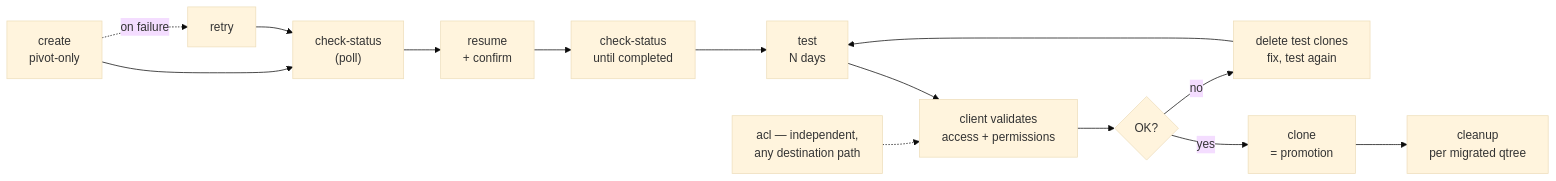
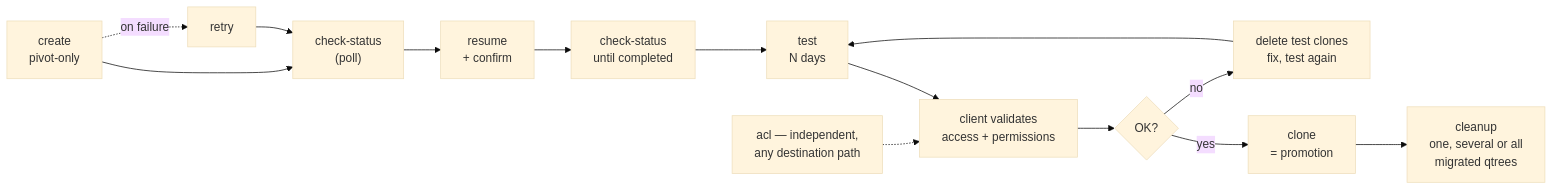
The ninth of 9 diagrams in docs/architecture.md (yassinekchiri/Repli), drawn with Mermaid (base theme) before and after one commit. The commit also changed other lines of this file and 17 other files, not shown here.

First line of the commit message:
cleanup: act on one, several or all qtrees, and mark the source

````diff
--- a/docs/architecture.md
+++ b/docs/architecture.md
@@ -403,16 +403,16 @@
 ```mermaid
 flowchart LR
     A["create<br/>pivot-only"] --> B["check-status<br/>(poll)"]
     B --> C["resume<br/>+ confirm"]
     C --> D["check-status<br/>until completed"]
     D --> E["test<br/>N days"]
     E --> F["client validates<br/>access + permissions"]
     F --> G{"OK?"}
     G -->|"yes"| H["clone<br/>= promotion"]
     G -->|"no"| I["delete test clones<br/>fix, test again"]
     I --> E
-    H --> J["cleanup<br/>per migrated qtree"]
+    H --> J["cleanup<br/>one, several or all<br/>migrated qtrees"]
     A -.->|"on failure"| R["retry"]
     R --> B
     K["acl — independent,<br/>any destination path"] -.-> F
 ```
````
